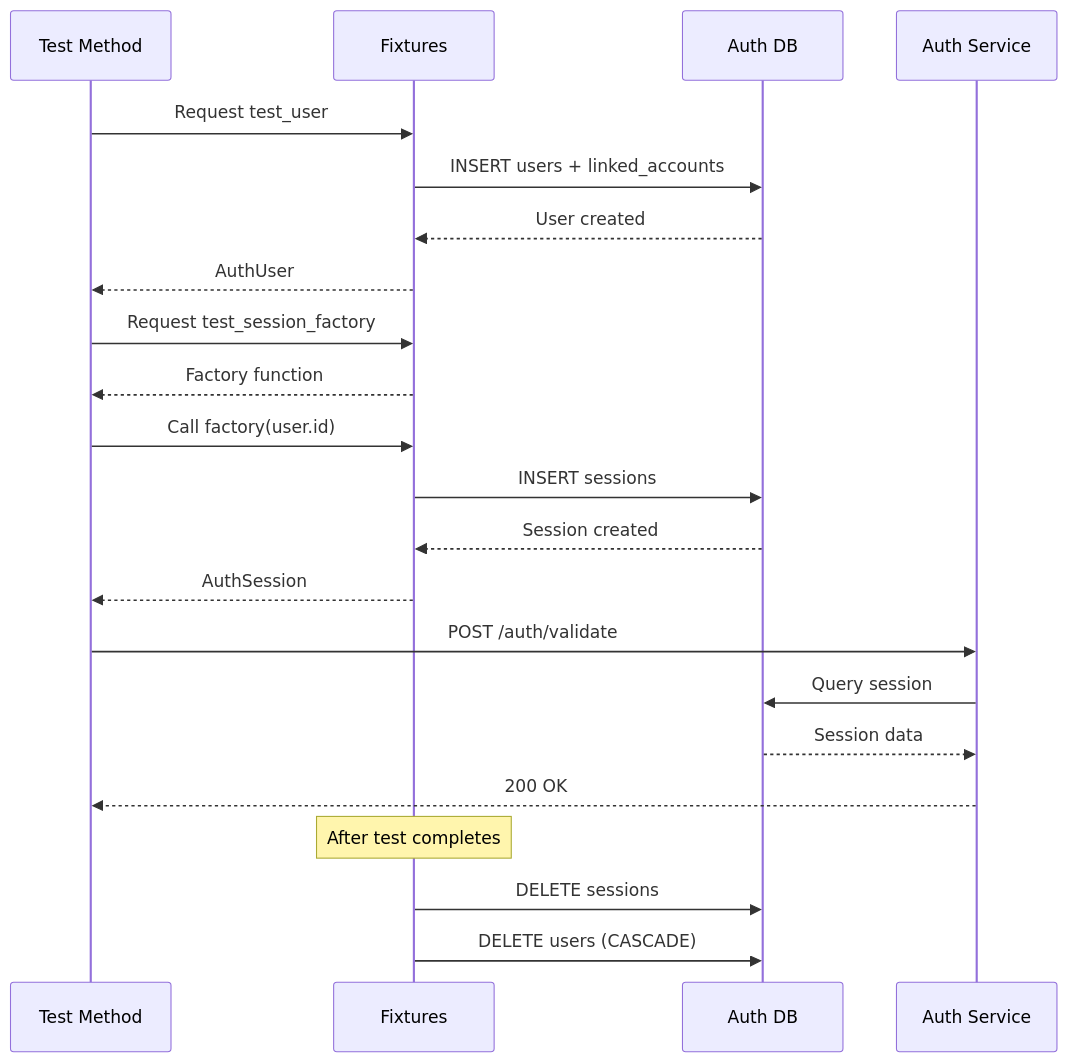
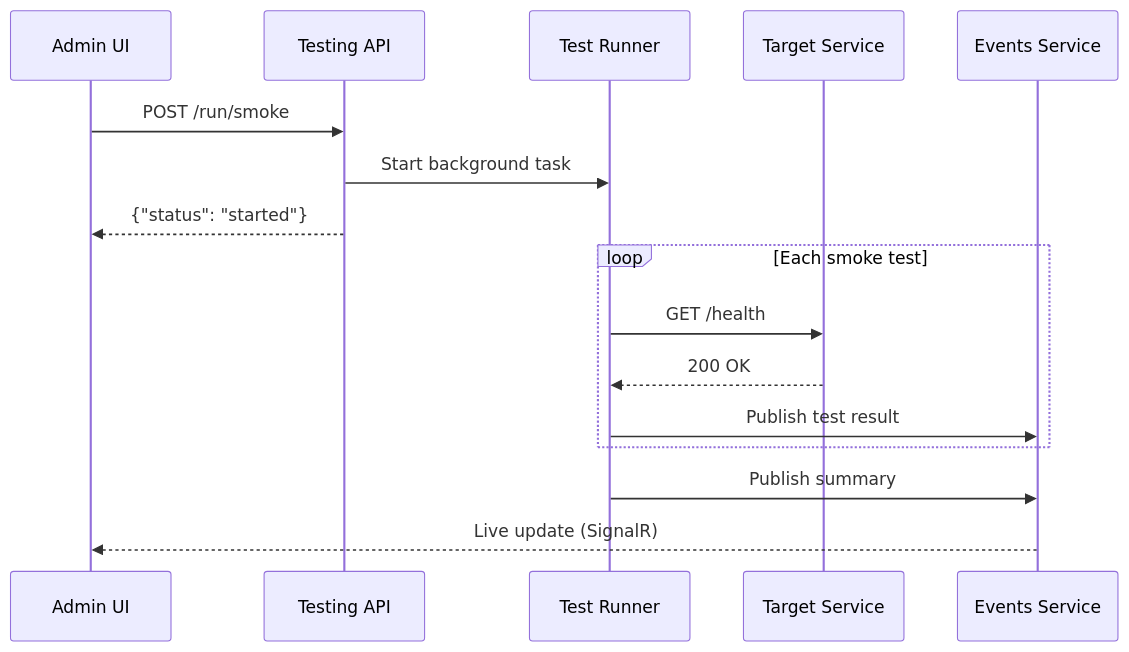
Before and after one commit to Nechja/hellArch: the second of 2 diagrams in docs/guide/testing.md, drawn with Mermaid. The commit also changed other lines of this file and 2 other files, not shown here.

````diff
--- a/docs/guide/testing.md
+++ b/docs/guide/testing.md
@@ -657,29 +422,21 @@
 ```mermaid
 sequenceDiagram
-    participant Test as Test Method
-    participant Fix as Fixtures
-    participant DB as Auth DB
-    participant API as Auth Service
+    participant Admin as Admin UI
+    participant API as Testing API
+    participant Runner as Test Runner
+    participant Service as Target Service
+    participant Events as Events Service
 
-    Test->>Fix: Request test_user
-    Fix->>DB: INSERT users + linked_accounts
-    DB-->>Fix: User created
-    Fix-->>Test: AuthUser
+    Admin->>API: POST /run/smoke
+    API->>Runner: Start background task
+    API-->>Admin: {"status": "started"}
 
-    Test->>Fix: Request test_session_factory
-    Fix-->>Test: Factory function
+    loop Each smoke test
+        Runner->>Service: GET /health
+        Service-->>Runner: 200 OK
+        Runner->>Events: Publish test result
+    end
 
-    Test->>Fix: Call factory(user.id)
-    Fix->>DB: INSERT sessions
-    DB-->>Fix: Session created
-    Fix-->>Test: AuthSession
-
-    Test->>API: POST /auth/validate
-    API->>DB: Query session
-    DB-->>API: Session data
-    API-->>Test: 200 OK
-
-    Note over Fix: After test completes
-    Fix->>DB: DELETE sessions
-    Fix->>DB: DELETE users (CASCADE)
+    Runner->>Events: Publish summary
+    Events-->>Admin: Live update (SignalR)
 ```
````
